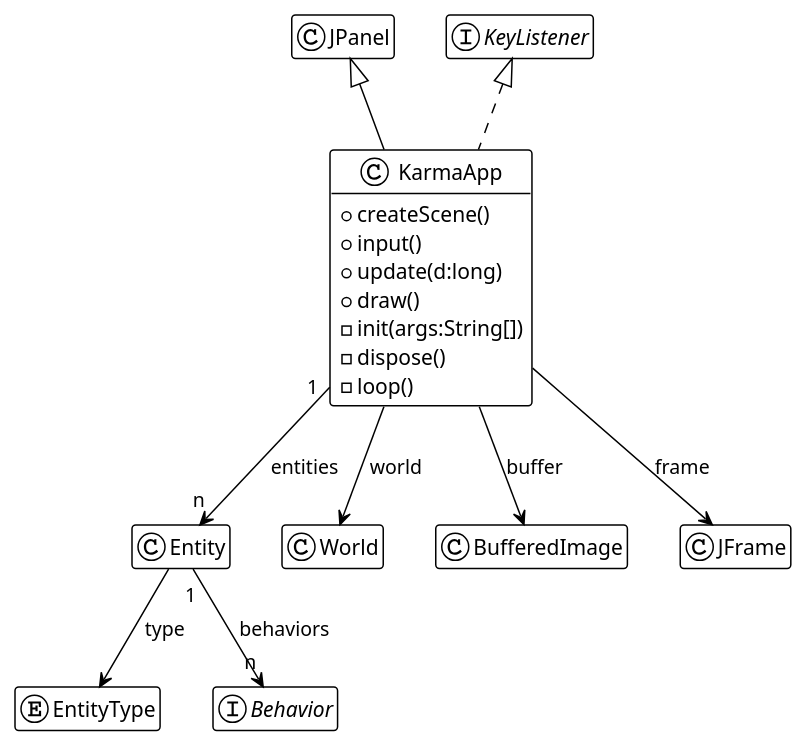
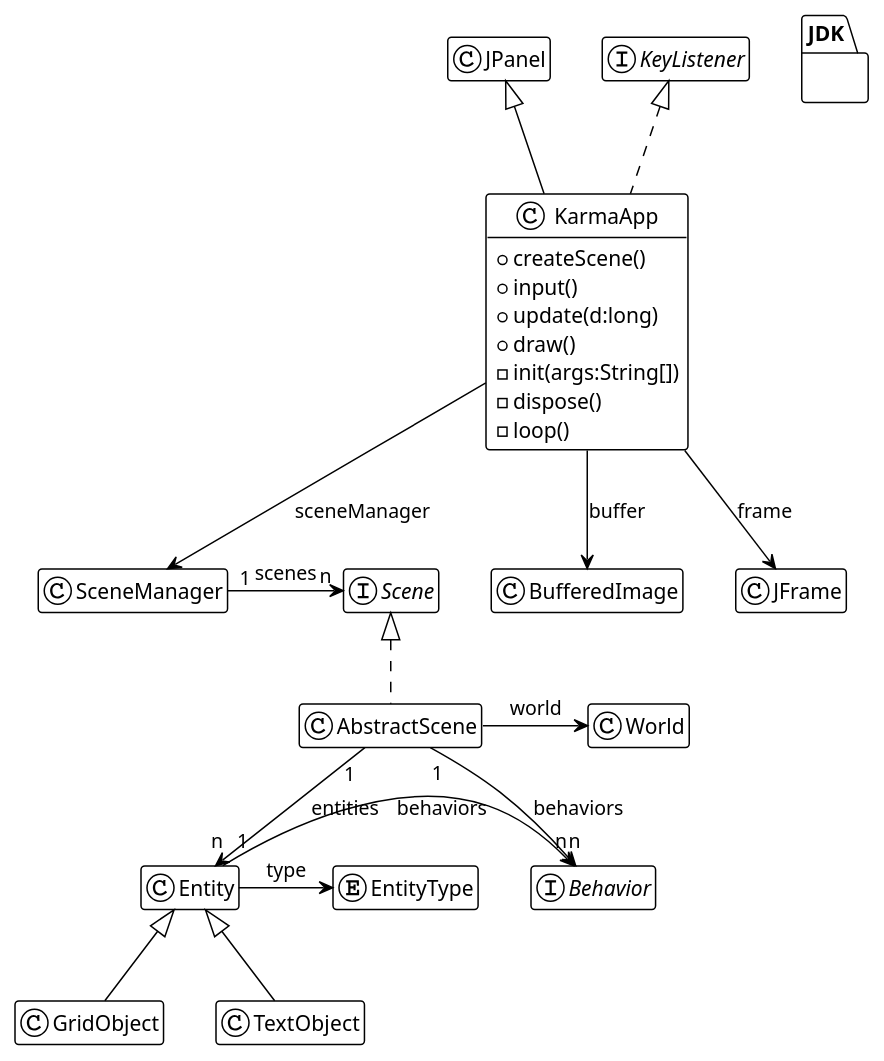
Before and after one commit to mcgivrer/karma: the diagram in README.md, drawn with PlantUML. The commit also changed other lines of this file, not shown here.

Commit message:
fix(readme): update README.md according to the latest updates

````diff
--- a/README.md
+++ b/README.md
@@ -17,29 +17,40 @@
 ```plantuml
 @startuml
 !theme plain
 hide methods
 hide attributes
 
 class KarmaApp extends JPanel implements KeyListener{
   +createScene()
   +input()
   +update(d:long)
   +draw()
   -init(args:String[])
   -dispose()
   -loop()
 }
+package JDK{
+}
 show KarmaApp methods 
 enum EntityType
 class Entity
 class World
+class GridObject extends Entity
+class TextObject extends Entity
 interface Behavior
+interface Scene
+class SceneManager
+class AbstractScene implements Scene
 
+AbstractScene "1" --> "n" Entity:entities
+AbstractScene -> World:world
+AbstractScene "1"-->"n" Behavior:behaviors
+Entity "1" -> "n" Behavior:behaviors
+Entity -> EntityType:type
 KarmaApp --> BufferedImage:buffer
 KarmaApp -->  JFrame:frame
-KarmaApp --> World:world
-KarmaApp "1" --> "n" Entity:entities
-Entity --> EntityType:type
-Entity "1" --> "n" Behavior:behaviors
+KarmaApp --> SceneManager:sceneManager
+SceneManager "1"->"n" Scene:scenes
+
 @enduml
 ```
````
